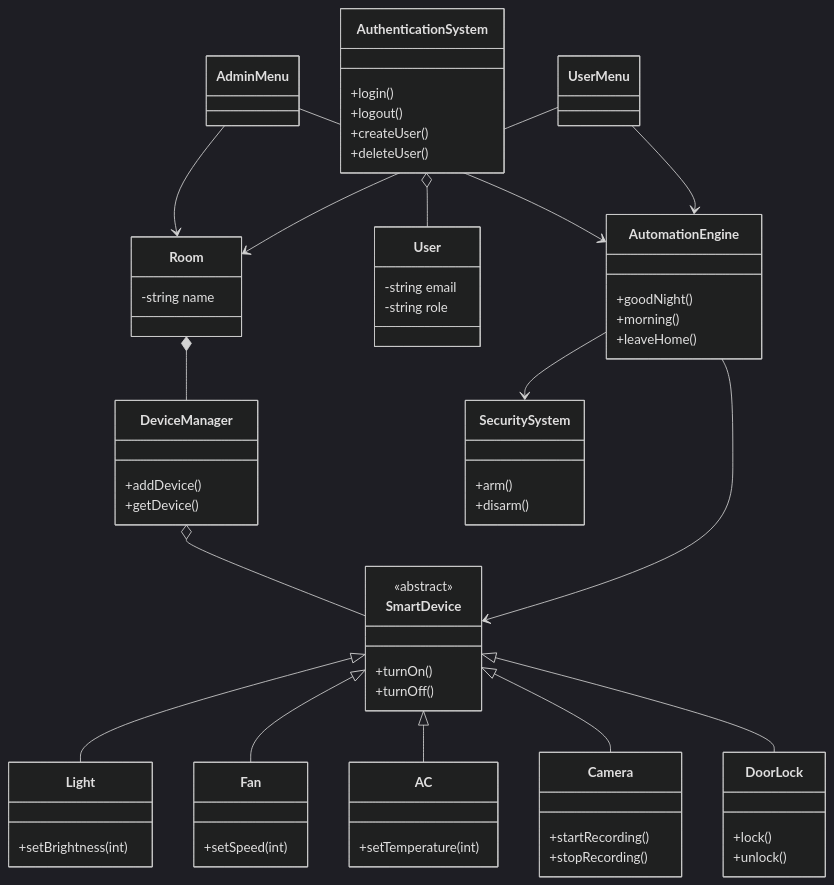
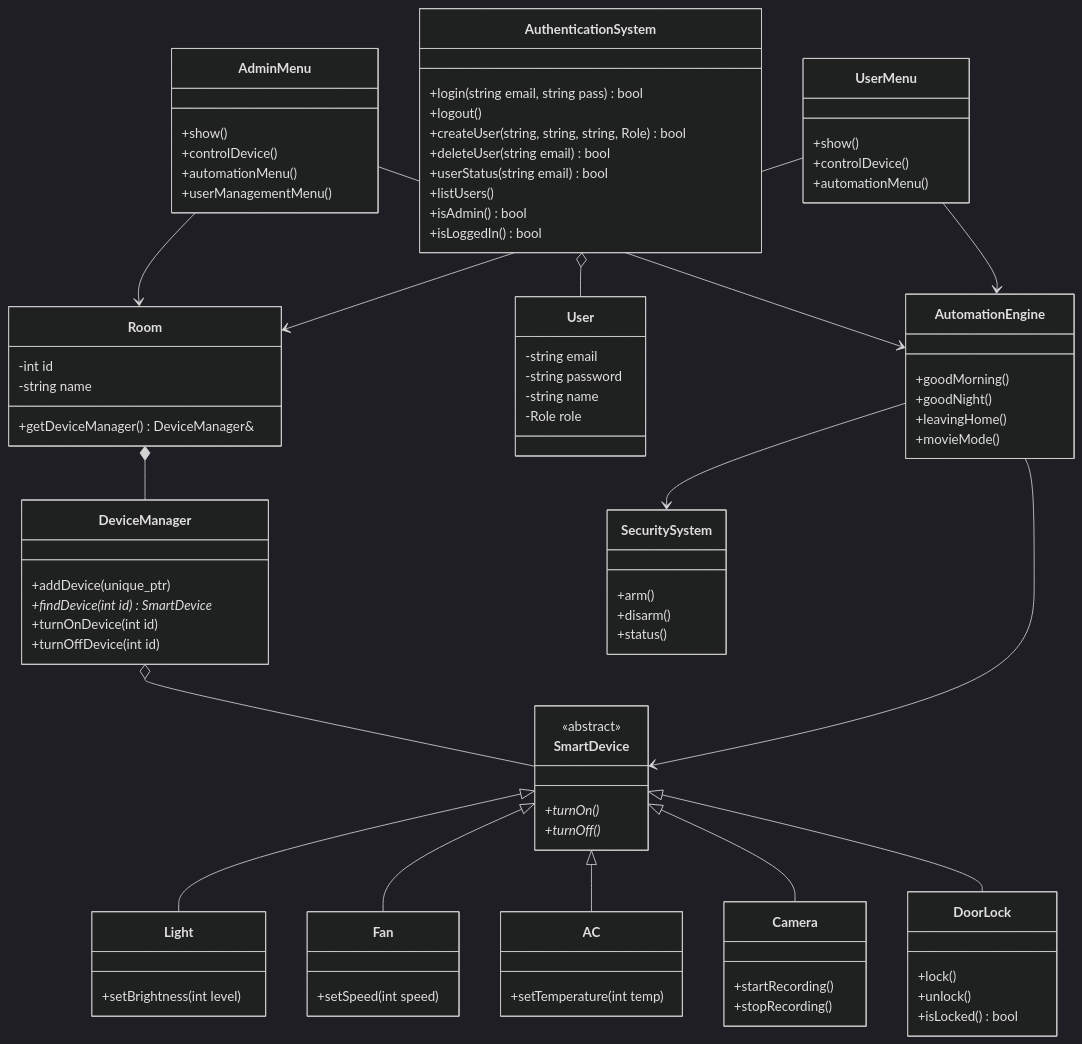
The second of 5 diagrams in README.md (Sanoj-936/ControlSphere), drawn with Mermaid (dark theme) before and after one commit. The commit also changed other lines of this file, not shown here.

Commit message:
Professional improvements to README: repair Mermaid diagrams, fix tables, and add demo credentials callout

```diff
--- a/README.md
+++ b/README.md
@@ -156,17 +166,17 @@
 classDiagram
     class SmartDevice {
         <<abstract>>
-        +turnOn()
-        +turnOff()
+        +turnOn()*
+        +turnOff()*
     }
     class Light {
-        +setBrightness(int)
+        +setBrightness(int level)
     }
     class Fan {
-        +setSpeed(int)
+        +setSpeed(int speed)
     }
     class AC {
-        +setTemperature(int)
+        +setTemperature(int temp)
     }
     class Camera {
         +startRecording()
@@ -175,34 +185,56 @@
     class DoorLock {
         +lock()
         +unlock()
+        +isLocked() bool
     }
     class DeviceManager {
-        +addDevice()
-        +getDevice()
+        +addDevice(unique_ptr)
+        +findDevice(int id) SmartDevice*
+        +turnOnDevice(int id)
+        +turnOffDevice(int id)
     }
     class Room {
+        -int id
         -string name
+        +getDeviceManager() DeviceManager&
     }
     class AuthenticationSystem {
-        +login()
+        +login(string email, string pass) bool
         +logout()
-        +createUser()
-        +deleteUser()
+        +createUser(string, string, string, Role) bool
+        +deleteUser(string email) bool
+        +userStatus(string email) bool
+        +listUsers()
+        +isAdmin() bool
+        +isLoggedIn() bool
     }
     class User {
         -string email
-        -string role
+        -string password
+        -string name
+        -Role role
     }
-    class AdminMenu
-    class UserMenu
+    class AdminMenu {
+        +show()
+        +controlDevice()
+        +automationMenu()
+        +userManagementMenu()
+    }
+    class UserMenu {
+        +show()
+        +controlDevice()
+        +automationMenu()
+    }
     class AutomationEngine {
+        +goodMorning()
         +goodNight()
-        +morning()
-        +leaveHome()
+        +leavingHome()
+        +movieMode()
     }
     class SecuritySystem {
         +arm()
         +disarm()
+        +status()
     }
 
     SmartDevice <|-- Light
```
